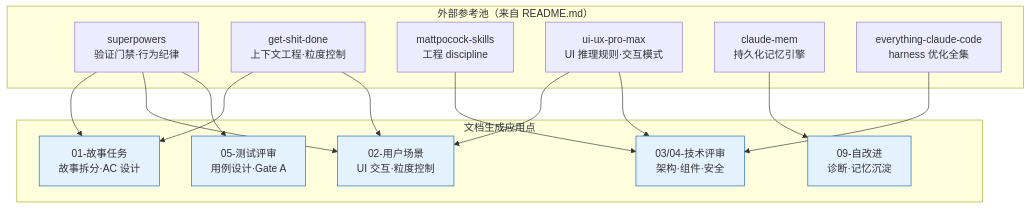
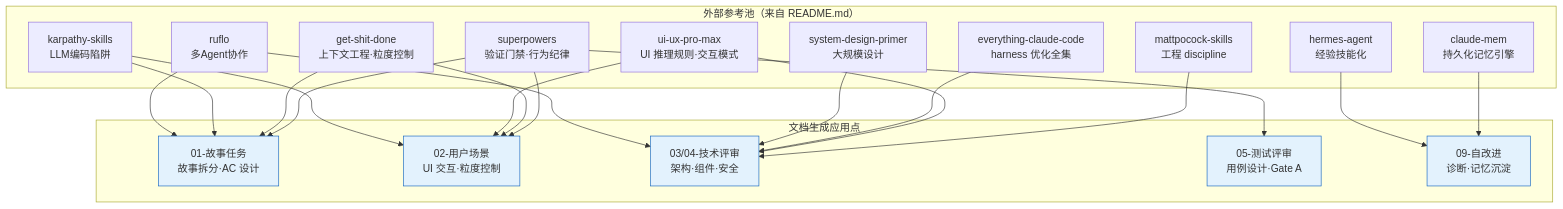
Diagram 14 of 14 in skills/rui/formulas.md (effiy/YrY), drawn with Mermaid before and after one commit. The commit also changed other lines of this file and 22 other files, not shown here.

````diff
--- a/skills/rui/formulas.md
+++ b/skills/rui/formulas.md
@@ -649,28 +649,36 @@
 ```mermaid
 flowchart TD
     subgraph 参考池["外部参考池（来自 README.md）"]
         R1["superpowers<br/>验证门禁·行为纪律"]
         R2["get-shit-done<br/>上下文工程·粒度控制"]
         R3["mattpocock-skills<br/>工程 discipline"]
         R4["ui-ux-pro-max<br/>UI 推理规则·交互模式"]
         R5["claude-mem<br/>持久化记忆引擎"]
         R6["everything-claude-code<br/>harness 优化全集"]
+        R7["karpathy-skills<br/>LLM编码陷阱"]
+        R8["system-design-primer<br/>大规模设计"]
+        R9["hermes-agent<br/>经验技能化"]
+        R10["ruflo<br/>多Agent协作"]
     end
 
     subgraph 应用点["文档生成应用点"]
         A1["01-故事任务<br/>故事拆分·AC 设计"]:::doc
         A2["02-用户场景<br/>UI 交互·粒度控制"]:::doc
         A3["03/04-技术评审<br/>架构·组件·安全"]:::doc
         A4["05-测试评审<br/>用例设计·Gate A"]:::doc
         A5["09-自改进<br/>诊断·记忆沉淀"]:::doc
     end
 
     R1 --> A1 & A2 & A4
     R2 --> A1 & A2
     R3 --> A3
     R4 --> A2 & A3
     R5 --> A5
     R6 --> A3
+    R7 --> A1 & A2
+    R8 --> A3
+    R9 --> A5
+    R10 --> A1 & A3
 
     classDef doc fill:#e3f2fd,stroke:#1565c0;
 ```
````
